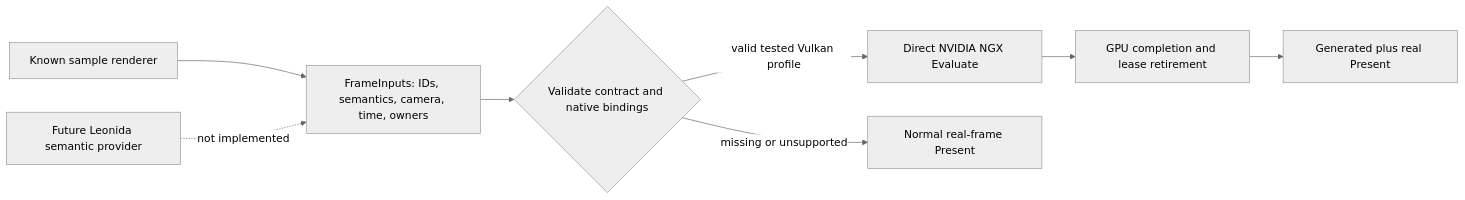
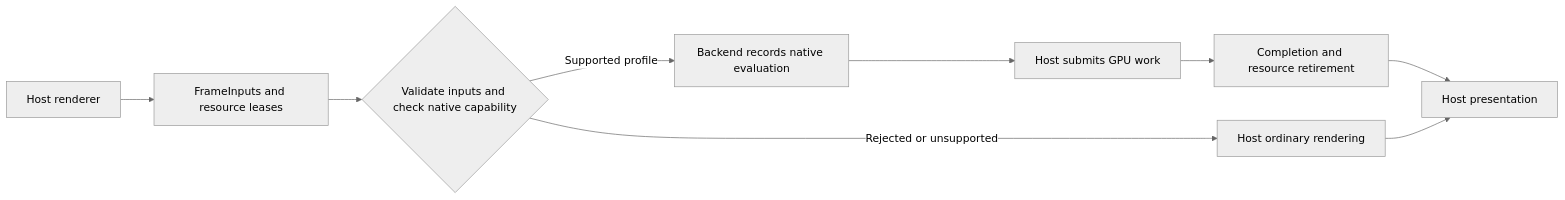
Before and after one commit to 5headsmartbtw/leonida-framelab: the diagram in docs/ARCHITECTURE.md, drawn with Mermaid (neutral theme). The commit also changed other lines of this file and 6 other files, not shown here.

````diff
--- a/docs/ARCHITECTURE.md
+++ b/docs/ARCHITECTURE.md
@@ -3,10 +5,11 @@
 ```mermaid
 flowchart LR
-    A[Known sample renderer] --> B[FrameInputs: IDs, semantics, camera, time, owners]
-    B --> C{Validate contract and native bindings}
-    C -->|valid tested Vulkan profile| D[Direct NVIDIA NGX Evaluate]
-    C -->|missing or unsupported| E[Normal real-frame Present]
-    D --> F[GPU completion and lease retirement]
-    F --> G[Generated plus real Present]
-    H[Future Leonida semantic provider] -. not implemented .-> B
+    A["Host renderer"] --> B["FrameInputs and resource leases"]
+    B --> C{"Validate inputs and check native capability"}
+    C -->|Supported profile| D["Backend records native evaluation"]
+    C -->|Rejected or unsupported| E["Host ordinary rendering"]
+    D --> F["Host submits GPU work"]
+    F --> G["Completion and resource retirement"]
+    G --> H["Host presentation"]
+    E --> H
 ```
````
